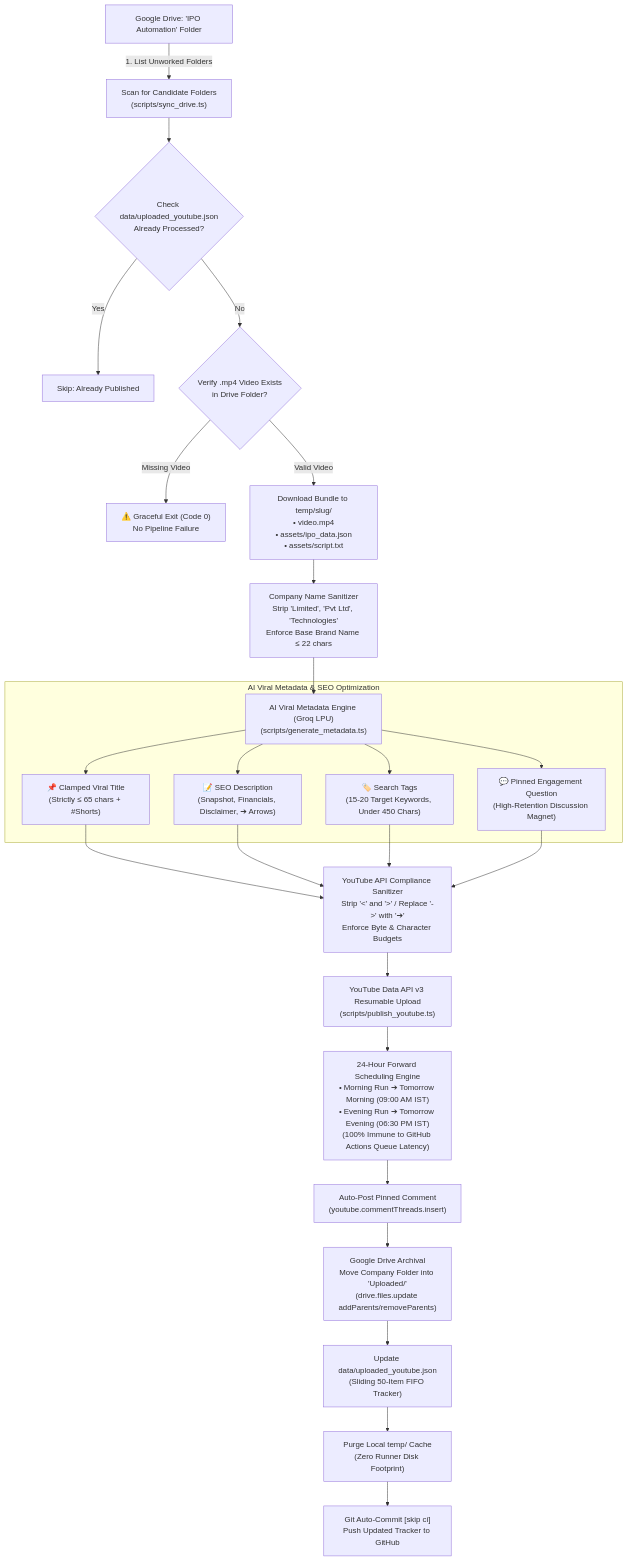
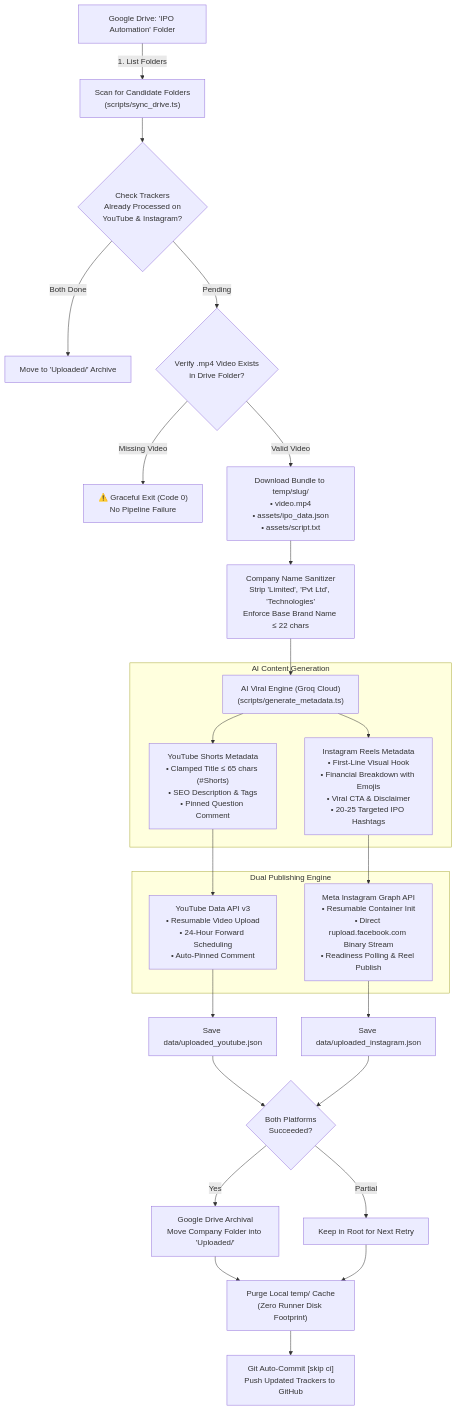
One commit to rajnishkumar13500/ig_schedular changed the first of 2 diagrams in README.md. Above: the diagram before and after it, drawn with Mermaid. The commit also changed other lines of this file and 1 other file, not shown here.

Commit message:
docs: add in-depth INSTAGRAM_SETUP.md and update README.md for multi-platform publishing

````diff
--- a/README.md
+++ b/README.md
@@ -15,38 +16,35 @@
 ```mermaid
 flowchart TD
-    A["Google Drive: 'IPO Automation' Folder"] -->|1. List Unworked Folders| B["Scan for Candidate Folders\n(scripts/sync_drive.ts)"]
+    A["Google Drive: 'IPO Automation' Folder"] -->|1. List Folders| B["Scan for Candidate Folders\n(scripts/sync_drive.ts)"]
     
-    B --> C{"Check data/uploaded_youtube.json\nAlready Processed?"}
-    C -- Yes --> D["Skip: Already Published"]
-    C -- No --> E{"Verify .mp4 Video Exists\nin Drive Folder?"}
+    B --> C{"Check Trackers\nAlready Processed on\nYouTube & Instagram?"}
+    C -- Both Done --> D["Move to 'Uploaded/' Archive"]
+    C -- Pending --> E{"Verify .mp4 Video Exists\nin Drive Folder?"}
     
     E -- Missing Video --> F["⚠️ Graceful Exit (Code 0)\nNo Pipeline Failure"]
     E -- Valid Video --> G["Download Bundle to temp/slug/\n• video.mp4\n• assets/ipo_data.json\n• assets/script.txt"]
     
     G --> H["Company Name Sanitizer\nStrip 'Limited', 'Pvt Ltd', 'Technologies'\nEnforce Base Brand Name ≤ 22 chars"]
     
-    H --> I["AI Viral Metadata Engine (Groq LPU)\n(scripts/generate_metadata.ts)"]
+    H --> I["AI Viral Engine (Groq Cloud)\n(scripts/generate_metadata.ts)"]
     
-    subgraph AI Viral Metadata & SEO Optimization
-        I --> J1["📌 Clamped Viral Title\n(Strictly ≤ 65 chars + #Shorts)"]
-        I --> J2["📝 SEO Description\n(Snapshot, Financials, Disclaimer, ➔ Arrows)"]
-        I --> J3["🏷️ Search Tags\n(15-20 Target Keywords, Under 450 Chars)"]
-        I --> J4["💬 Pinned Engagement Question\n(High-Retention Discussion Magnet)"]
+    subgraph Multi_Platform_AI ["AI Content Generation"]
+        I --> J1["YouTube Shorts Metadata\n• Clamped Title ≤ 65 chars (#Shorts)\n• SEO Description & Tags\n• Pinned Question Comment"]
+        I --> J2["Instagram Reels Metadata\n• First-Line Visual Hook\n• Financial Breakdown with Emojis\n• Viral CTA & Disclaimer\n• 20-25 Targeted IPO Hashtags"]
     end
     
-    J1 & J2 & J3 & J4 --> K["YouTube API Compliance Sanitizer\nStrip '<' and '>' / Replace '->' with '➔'\nEnforce Byte & Character Budgets"]
+    subgraph Dual_Publishing ["Dual Publishing Engine"]
+        J1 --> K1["YouTube Data API v3\n• Resumable Video Upload\n• 24-Hour Forward Scheduling\n• Auto-Pinned Comment"]
+        J2 --> K2["Meta Instagram Graph API\n• Resumable Container Init\n• Direct rupload.facebook.com Binary Stream\n• Readiness Polling & Reel Publish"]
+    end
     
-    K --> L["YouTube Data API v3 Resumable Upload\n(scripts/publish_youtube.ts)"]
+    K1 --> L1["Save data/uploaded_youtube.json"]
+    K2 --> L2["Save data/uploaded_instagram.json"]
     
-    L --> M["24-Hour Forward Scheduling Engine\n• Morning Run ➔ Tomorrow Morning (09:00 AM IST)\n• Evening Run ➔ Tomorrow Evening (06:30 PM IST)\n(100% Immune to GitHub Actions Queue Latency)"]
+    L1 & L2 --> M{"Both Platforms\nSucceeded?"}
+    M -- Yes --> N["Google Drive Archival\nMove Company Folder into 'Uploaded/'"]
+    M -- Partial --> O["Keep in Root for Next Retry"]
     
-    M --> N["Auto-Post Pinned Comment\n(youtube.commentThreads.insert)"]
-    
-    N --> O["Google Drive Archival\nMove Company Folder into 'Uploaded/'\n(drive.files.update addParents/removeParents)"]
-    
-    O --> P["Update data/uploaded_youtube.json\n(Sliding 50-Item FIFO Tracker)"]
-    
-    P --> Q["Purge Local temp/ Cache\n(Zero Runner Disk Footprint)"]
-    
-    Q --> R["Git Auto-Commit [skip ci]\nPush Updated Tracker to GitHub"]
+    N & O --> P["Purge Local temp/ Cache\n(Zero Runner Disk Footprint)"]
+    P --> Q["Git Auto-Commit [skip ci]\nPush Updated Trackers to GitHub"]
 ```
````
